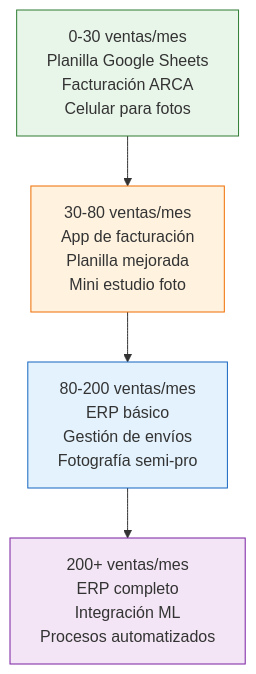
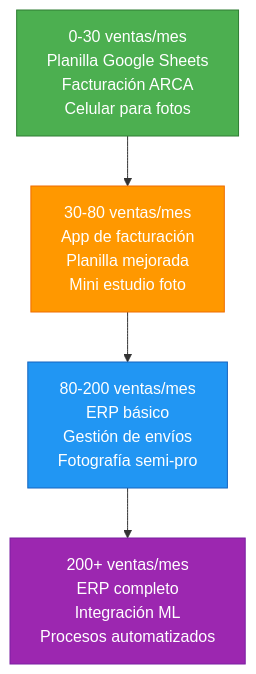
Before and after one commit to barrosignacioezequiel-coder/docs: the diagram in app/paso1-argentina/crecer-gestionar/herramientas-gestion.mdx, drawn with Mermaid. The commit also changed 66 other files, not shown here.

First line of the commit message:
fix: resolve Mermaid v11 numbered list errors + improve contrast

````diff
--- a/app/paso1-argentina/crecer-gestionar/herramientas-gestion.mdx
+++ b/app/paso1-argentina/crecer-gestionar/herramientas-gestion.mdx
@@ -15,11 +15,11 @@
 ```mermaid
 graph TD
     A["0-30 ventas/mes<br/>Planilla Google Sheets<br/>Facturación ARCA<br/>Celular para fotos"] --> B["30-80 ventas/mes<br/>App de facturación<br/>Planilla mejorada<br/>Mini estudio foto"]
     B --> C["80-200 ventas/mes<br/>ERP básico<br/>Gestión de envíos<br/>Fotografía semi-pro"]
     C --> D["200+ ventas/mes<br/>ERP completo<br/>Integración ML<br/>Procesos automatizados"]
 
-    style A fill:#e8f5e9,stroke:#2e7d32
-    style B fill:#fff3e0,stroke:#ef6c00
-    style C fill:#e3f2fd,stroke:#1565c0
-    style D fill:#f3e5f5,stroke:#7b1fa2
+    style A fill:#4caf50,stroke:#2e7d32,color:#fff
+    style B fill:#ff9800,stroke:#ef6c00,color:#fff
+    style C fill:#2196f3,stroke:#1565c0,color:#fff
+    style D fill:#9c27b0,stroke:#7b1fa2,color:#fff
 ```
````
